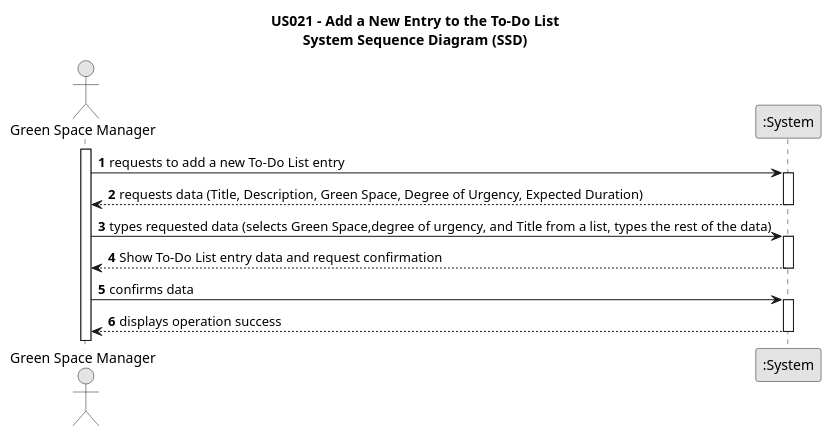
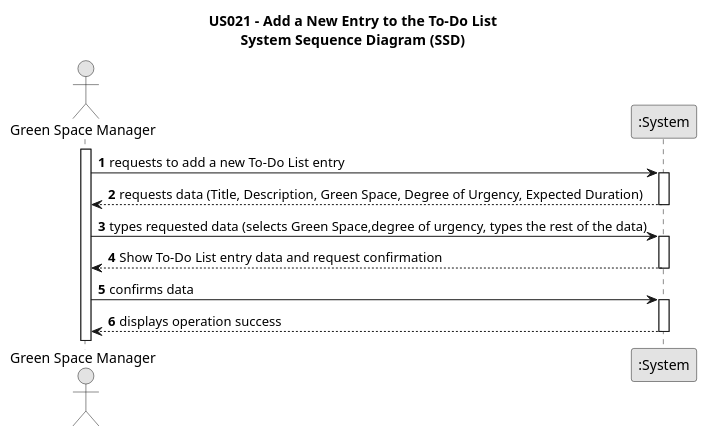
One commit to Mendoncaa/LAPR2 changed the diagram in docs/sprintC/us021/01.requirements-engineering/puml/us021-system-sequence-diagram.puml. Above: the diagram before and after it, drawn with PlantUML. The commit also changed 2 other files, not shown here.

```diff
--- a/docs/sprintC/us021/01.requirements-engineering/puml/us021-system-sequence-diagram.puml
+++ b/docs/sprintC/us021/01.requirements-engineering/puml/us021-system-sequence-diagram.puml
@@ -1,34 +1,34 @@
 @startuml
 skinparam monochrome true
 skinparam packageStyle rectangle
 skinparam shadowing false
 
 title US021 - Add a New Entry to the To-Do List\nSystem Sequence Diagram (SSD)
 
 autonumber
 
 actor "Green Space Manager" as GSM
 participant ":System" as System
 
 activate GSM
 
     GSM -> System : requests to add a new To-Do List entry
     activate System
 
         System --> GSM : requests data (Title, Description, Green Space, Degree of Urgency, Expected Duration)
     deactivate System
 
-    GSM -> System : types requested data (selects Green Space,degree of urgency, and Title from a list, types the rest of the data)
+    GSM -> System : types requested data (selects Green Space,degree of urgency, types the rest of the data)
     activate System
 
         System --> GSM : Show To-Do List entry data and request confirmation
         deactivate System
 
         GSM -> System : confirms data
         activate System
 
         System --> GSM : displays operation success
         
     deactivate System
 
 @enduml
```
